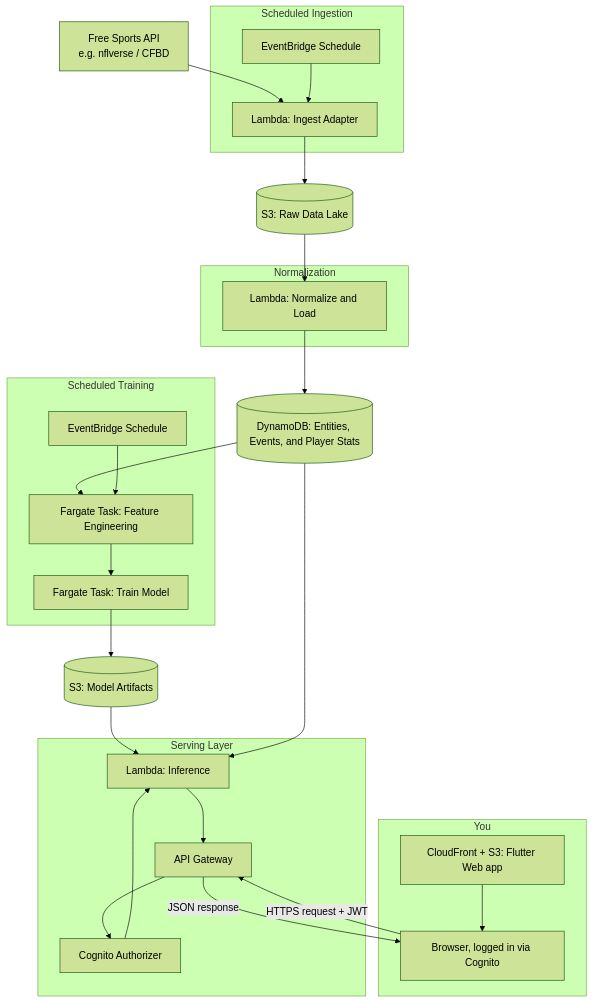
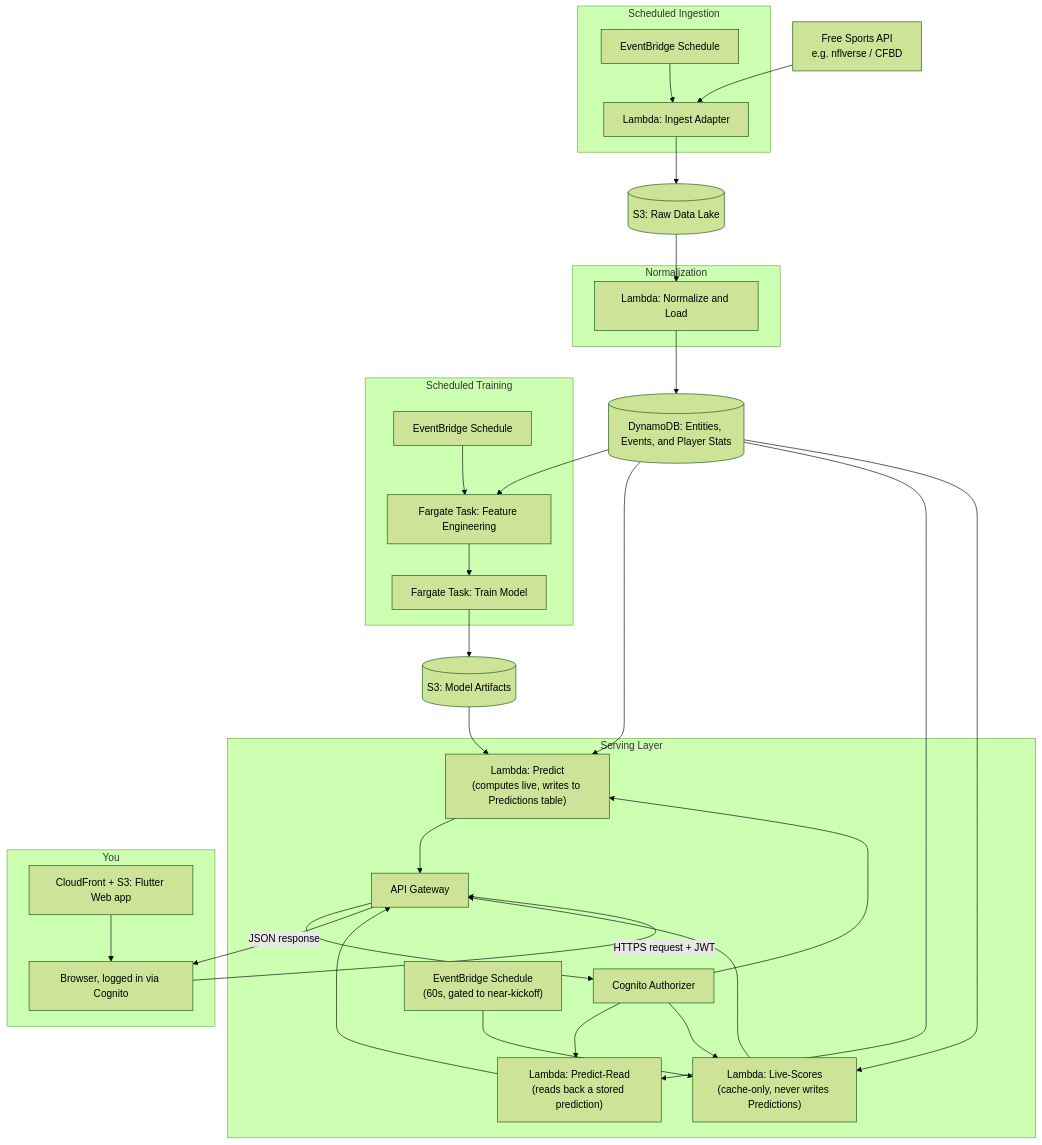
The first of 2 diagrams in design/ARCHITECTURE.md (Programming-For-the-Community/sports-predictor), drawn with Mermaid (forest theme) before and after one commit. The commit also changed other lines of this file and 8 other files, not shown here.

````diff
--- a/design/ARCHITECTURE.md
+++ b/design/ARCHITECTURE.md
@@ -9,44 +9,54 @@
 ```mermaid
 flowchart TD
     subgraph Ingest["Scheduled Ingestion"]
         SCH1["EventBridge Schedule"]
         ING["Lambda: Ingest Adapter"]
     end
 
     SRC["Free Sports API<br/>e.g. nflverse / CFBD"] --> ING
     SCH1 --> ING
     ING --> RAW[("S3: Raw Data Lake")]
 
     subgraph Normalize["Normalization"]
         NORM["Lambda: Normalize and Load"]
     end
     RAW --> NORM --> DDB[("DynamoDB: Entities, Events, and Player Stats")]
 
     subgraph Train["Scheduled Training"]
         SCH2["EventBridge Schedule"]
         FEAT["Fargate Task: Feature Engineering"]
         MODEL["Fargate Task: Train Model"]
     end
     DDB --> FEAT
     SCH2 --> FEAT
     FEAT --> MODEL --> ARTIFACT[("S3: Model Artifacts")]
 
     subgraph Serve["Serving Layer"]
         APIGW["API Gateway"]
         AUTH["Cognito Authorizer"]
-        INF["Lambda: Inference"]
+        PREDICT["Lambda: Predict<br/>(computes live, writes to Predictions table)"]
+        PREDICT_READ["Lambda: Predict-Read<br/>(reads back a stored prediction)"]
+        LIVE["Lambda: Live-Scores<br/>(cache-only, never writes Predictions)"]
+        SCH3["EventBridge Schedule<br/>(60s, gated to near-kickoff)"]
     end
-    ARTIFACT --> INF
-    DDB --> INF
+    ARTIFACT --> PREDICT
+    DDB --> PREDICT
+    DDB --> PREDICT_READ
+    DDB --> LIVE
+    SCH3 --> LIVE
     APIGW --> AUTH
-    AUTH --> INF
-    INF --> APIGW
+    AUTH --> PREDICT
+    AUTH --> PREDICT_READ
+    AUTH --> LIVE
+    PREDICT --> APIGW
+    PREDICT_READ --> APIGW
+    LIVE --> APIGW
 
     subgraph Client["You"]
         CF["CloudFront + S3: Flutter Web app"]
         BROWSER["Browser, logged in via Cognito"]
     end
     CF --> BROWSER
     BROWSER -->|"HTTPS request + JWT"| APIGW
     APIGW -->|"JSON response"| BROWSER
 ```
````
